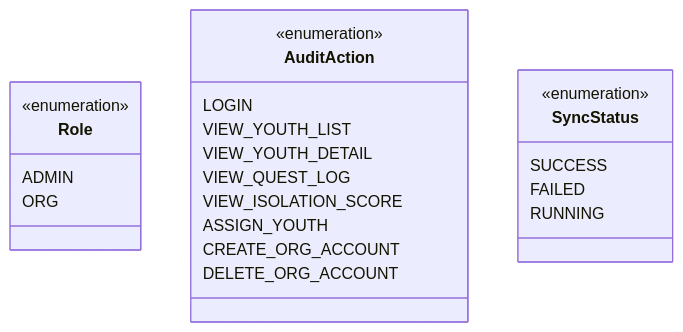
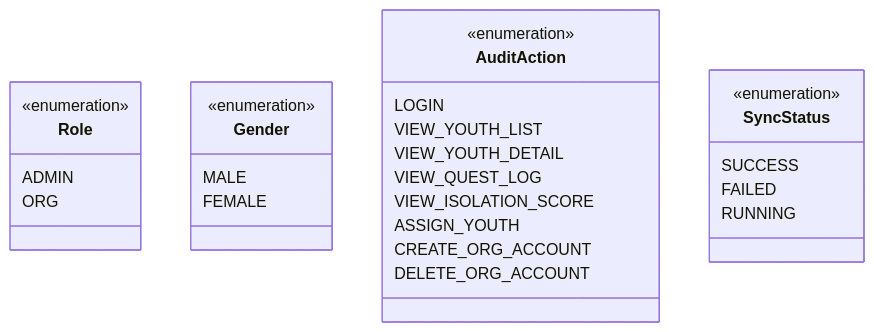
Before and after one commit to jeehwanhee/one-step-admin: the second of 3 diagrams in docs/domain.md, drawn with Mermaid. The commit also changed other lines of this file, not shown here.

````diff
--- a/docs/domain.md
+++ b/docs/domain.md
@@ -92,25 +95,30 @@
 ```mermaid
 classDiagram
     class Role {
         <<enumeration>>
         ADMIN
         ORG
+    }
+    class Gender {
+        <<enumeration>>
+        MALE
+        FEMALE
     }
     class AuditAction {
         <<enumeration>>
         LOGIN
         VIEW_YOUTH_LIST
         VIEW_YOUTH_DETAIL
         VIEW_QUEST_LOG
         VIEW_ISOLATION_SCORE
         ASSIGN_YOUTH
         CREATE_ORG_ACCOUNT
         DELETE_ORG_ACCOUNT
     }
     class SyncStatus {
         <<enumeration>>
         SUCCESS
         FAILED
         RUNNING
     }
 ```
````
